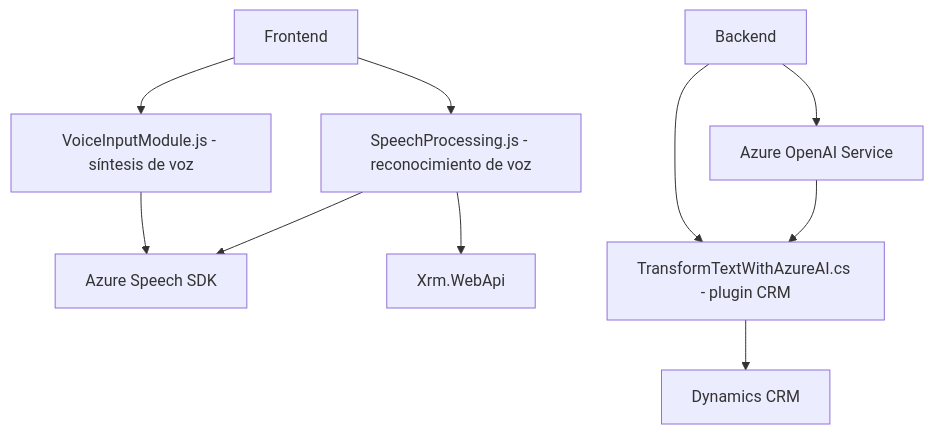
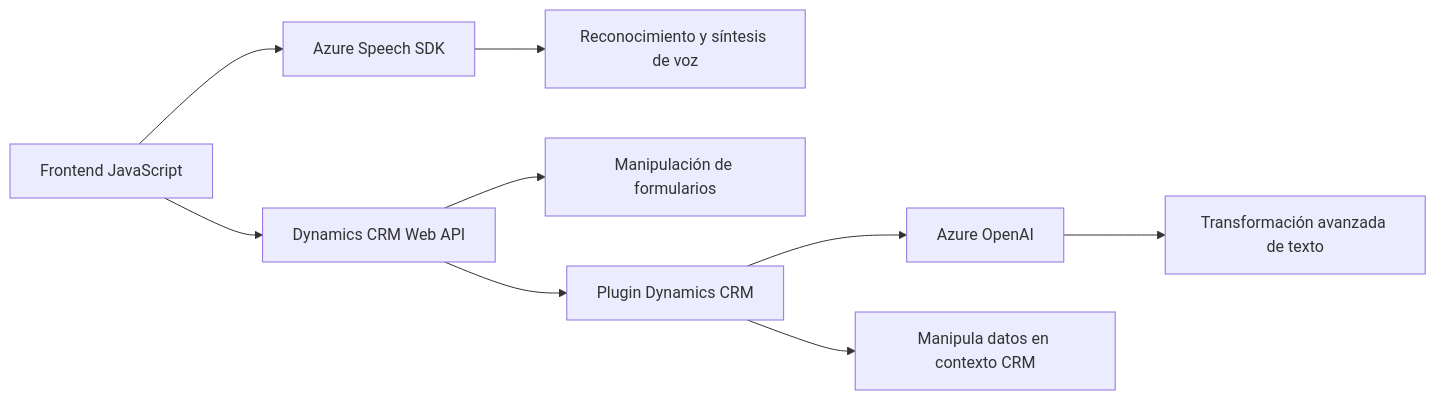
The diagram in README.md (blopezdm/NETCORE_BILBAO2025), drawn with Mermaid before and after one commit. The commit also changed other lines of this file, not shown here.

````diff
--- a/README.md
+++ b/README.md
@@ -44,22 +59,11 @@
 ```mermaid
-graph TD
-  A["Frontend"]
-  B["VoiceInputModule.js - síntesis de voz"]
-  C["SpeechProcessing.js - reconocimiento de voz"]
-  D["Xrm.WebApi"]
-  E["Azure Speech SDK"]
-  F["Backend"]
-  G["TransformTextWithAzureAI.cs - plugin CRM"]
-  H["Dynamics CRM"]
-  I["Azure OpenAI Service"]
-
-  A --> B
-  A --> C
-  B --> E
-  C --> E
-  C --> D
-  F --> G
-  G --> H
-  F --> I
-  I --> G
+graph LR
+    A["Frontend JavaScript"] --> B["Azure Speech SDK"]
+    A --> C["Dynamics CRM Web API"]
+    B --> D["Reconocimiento y síntesis de voz"]
+    C --> E["Manipulación de formularios"]
+    F["Plugin Dynamics CRM"] --> G["Azure OpenAI"]
+    G --> H["Transformación avanzada de texto"]
+    F --> I["Manipula datos en contexto CRM"]
+    C --> F
 ```
````
